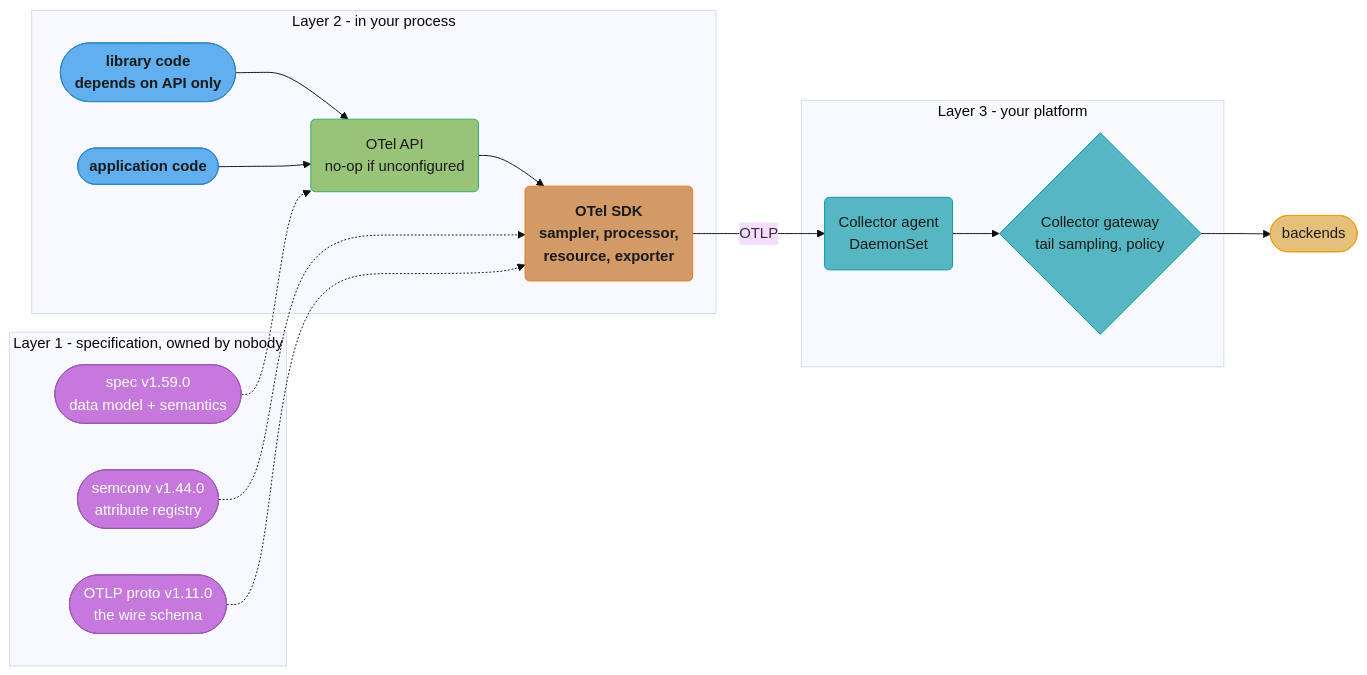
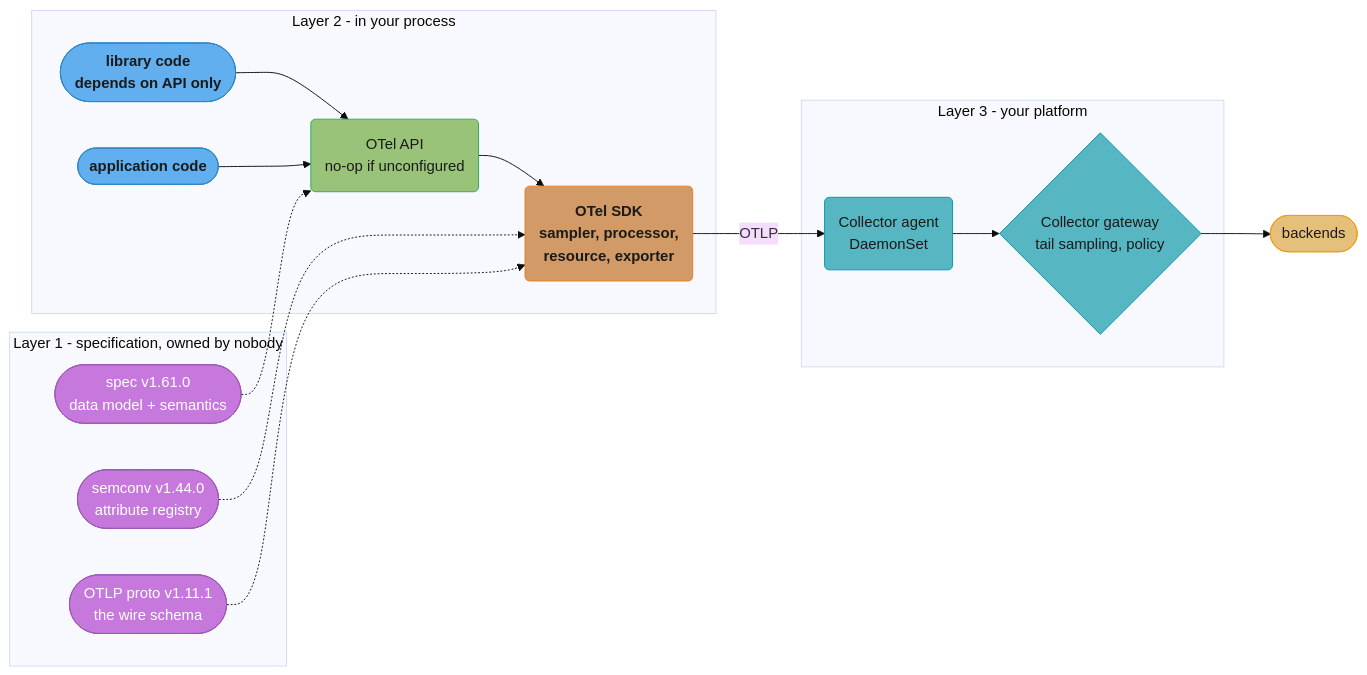
One commit to rppol/system-design changed the first of 6 diagrams in src/main/java/com/rutik/systemdesign/devops/observability_tracing_and_otel/opentelemetry_deep_dive.md. Above: the diagram before and after it, drawn with Mermaid (base theme). The commit also changed other lines of this file and 655 other files, not shown here.

````diff
--- a/src/main/java/com/rutik/systemdesign/devops/observability_tracing_and_otel/opentelemetry_deep_dive.md
+++ b/src/main/java/com/rutik/systemdesign/devops/observability_tracing_and_otel/opentelemetry_deep_dive.md
@@ -161,39 +161,39 @@
 ```mermaid
 flowchart LR
     classDef io      fill:#61afef,stroke:#2e86c1,color:#1a1a1a,font-weight:bold
     classDef frozen  fill:#c678dd,stroke:#9b59b6,color:#fff
     classDef train   fill:#98c379,stroke:#27ae60,color:#1a1a1a
     classDef mathOp  fill:#d19a66,stroke:#e67e22,color:#1a1a1a,font-weight:bold
     classDef lossN   fill:#e06c75,stroke:#c0392b,color:#fff,font-weight:bold
     classDef req     fill:#56b6c2,stroke:#0097a7,color:#1a1a1a
     classDef base    fill:#e5c07b,stroke:#f39c12,color:#1a1a1a
 
     subgraph L1["Layer 1 - specification, owned by nobody"]
-        Spec(["spec v1.59.0<br/>data model + semantics"])
+        Spec(["spec v1.61.0<br/>data model + semantics"])
         Semconv(["semconv v1.44.0<br/>attribute registry"])
-        Proto(["OTLP proto v1.11.0<br/>the wire schema"])
+        Proto(["OTLP proto v1.11.1<br/>the wire schema"])
     end
 
     subgraph L2["Layer 2 - in your process"]
         Lib(["library code<br/>depends on API only"]) --> API("OTel API<br/>no-op if unconfigured")
         App(["application code"]) --> API
         API --> SDK("OTel SDK<br/>sampler, processor,<br/>resource, exporter")
     end
 
     subgraph L3["Layer 3 - your platform"]
         Agent("Collector agent<br/>DaemonSet") --> GW{"Collector gateway<br/>tail sampling, policy"}
     end
 
     Spec -.-> API
     Semconv -.-> SDK
     Proto -.-> SDK
     SDK -->|OTLP| Agent
     GW --> Store([backends])
 
     class Spec,Semconv,Proto frozen
     class Lib,App io
     class API train
     class SDK mathOp
     class Agent,GW req
     class Store base
 ```
````
